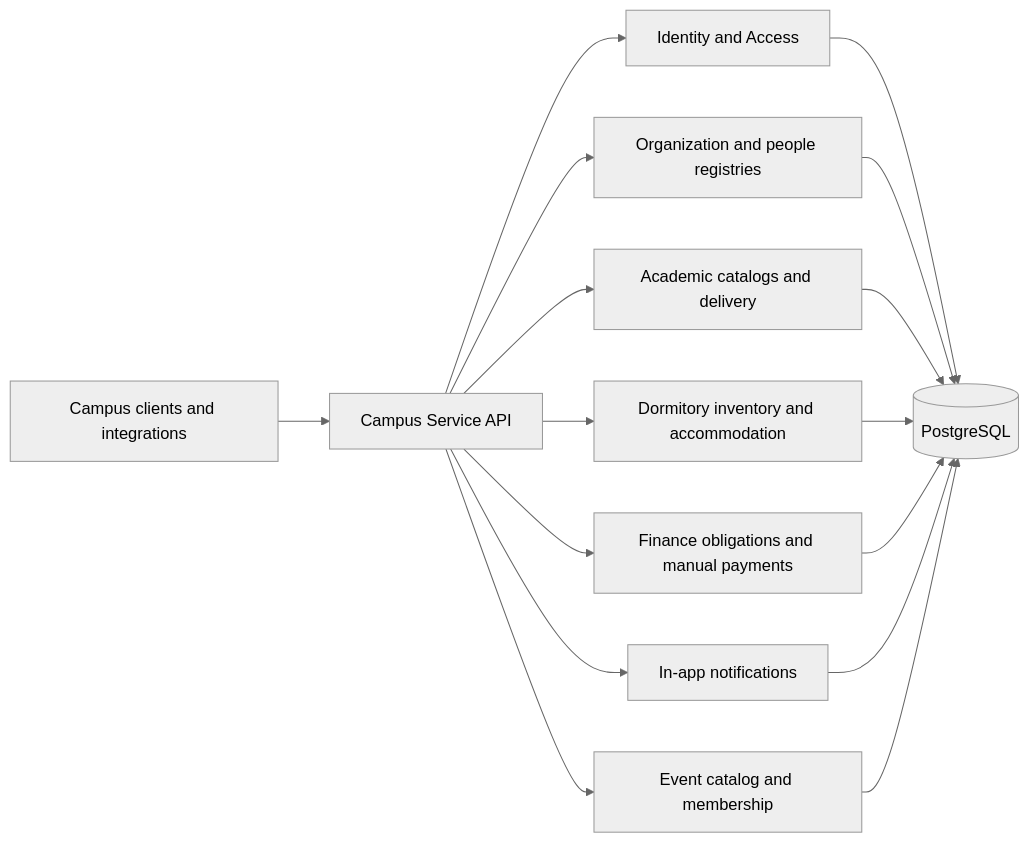
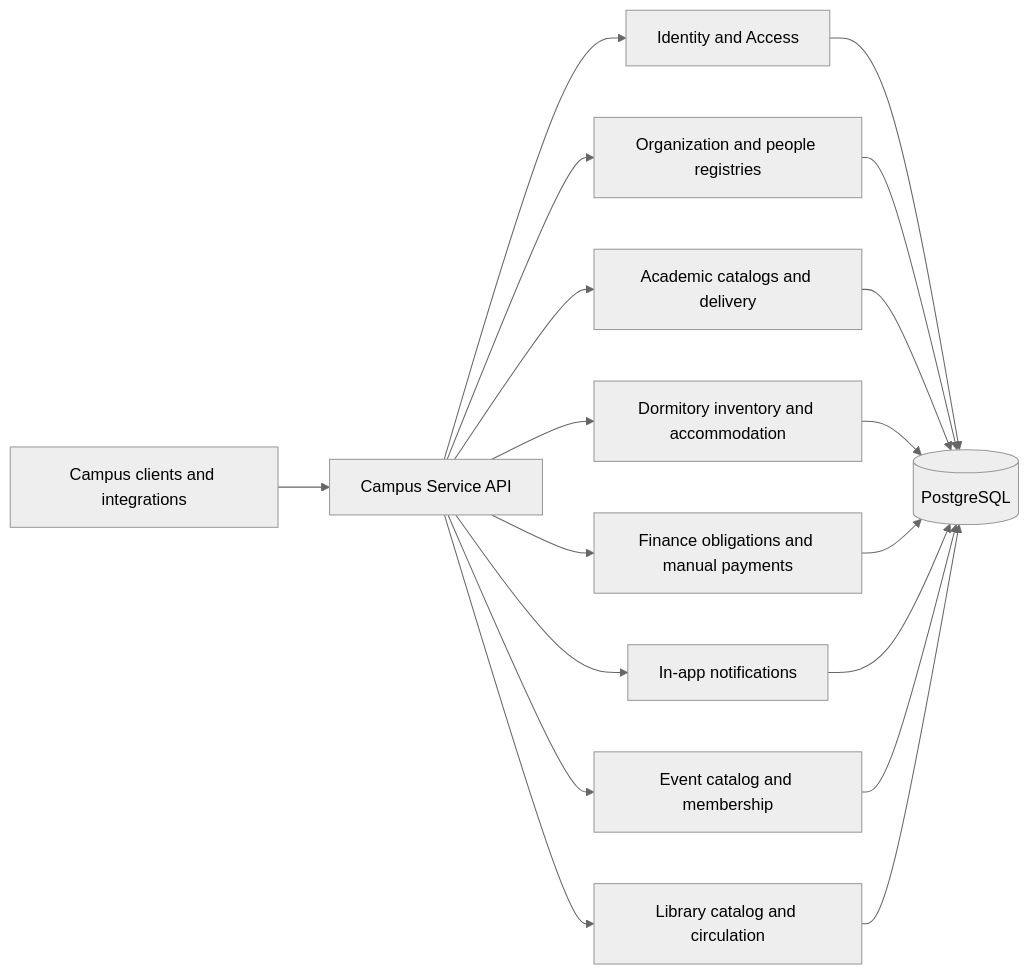
The first of 2 diagrams in docs/architecture.md (cdanh11/campus-service), drawn with Mermaid (neutral theme) before and after one commit. The commit also changed other lines of this file and 10 other files, not shown here.

````diff
--- a/docs/architecture.md
+++ b/docs/architecture.md
@@ -13,18 +13,20 @@
 ```mermaid
 flowchart LR
     Client[Campus clients and integrations] --> API[Campus Service API]
     API --> IAM[Identity and Access]
     API --> Registry[Organization and people registries]
     API --> Academic[Academic catalogs and delivery]
     API --> Dormitory[Dormitory inventory and accommodation]
     API --> Finance[Finance obligations and manual payments]
     API --> Notification[In-app notifications]
     API --> Event[Event catalog and membership]
+    API --> Library[Library catalog and circulation]
     IAM --> DB[(PostgreSQL)]
     Registry --> DB
     Academic --> DB
     Dormitory --> DB
     Finance --> DB
     Notification --> DB
     Event --> DB
+    Library --> DB
 ```
````
